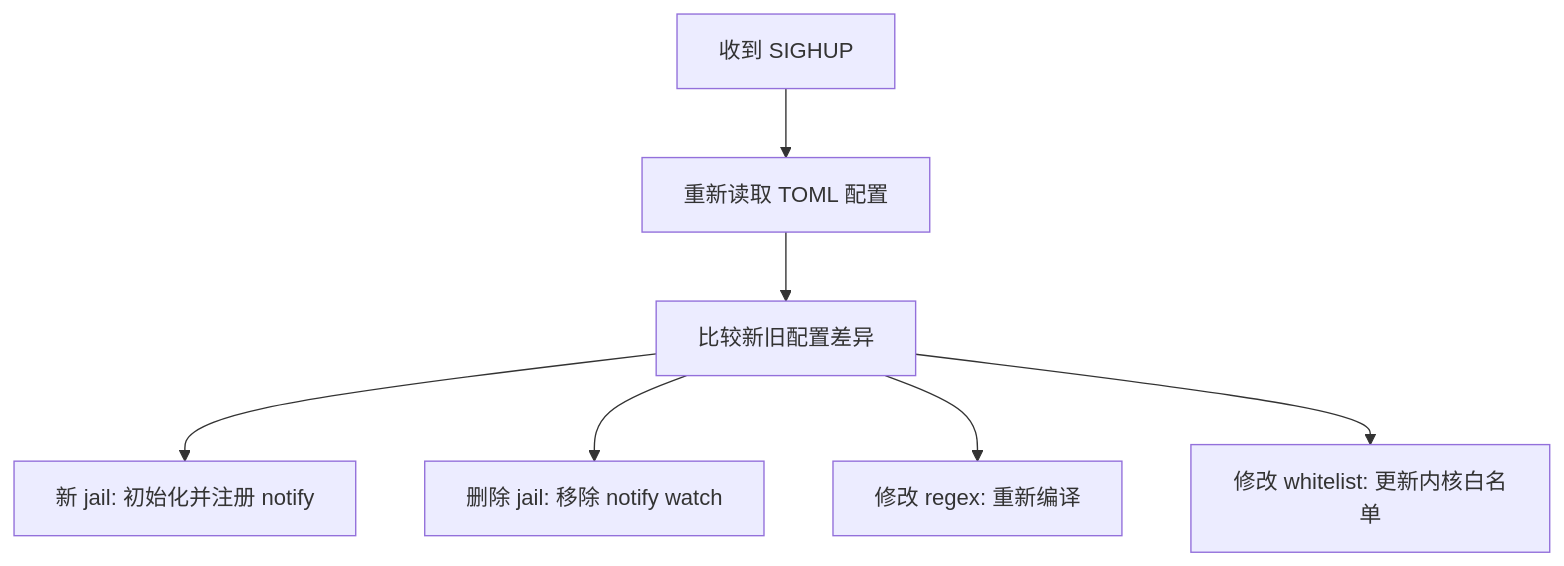
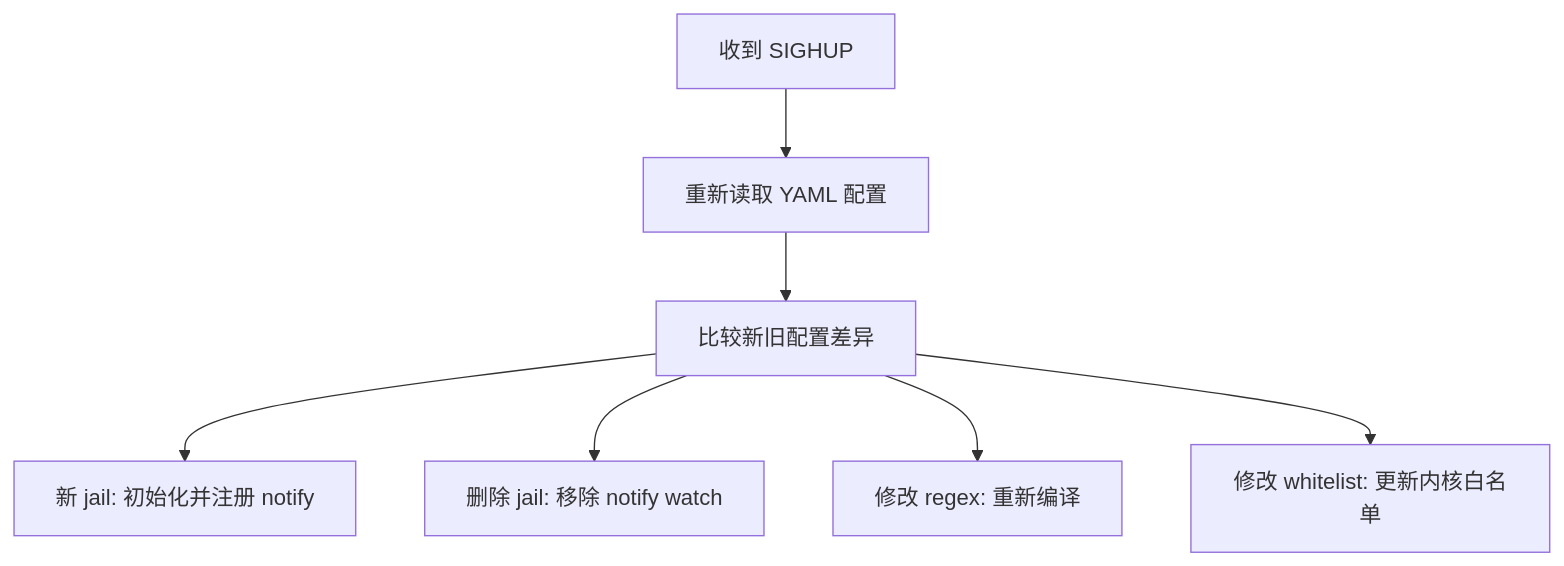
One commit to SnowCore8/linux-firewall-kmod changed the seventh of 7 diagrams in docs/zh/architecture/daemon.md. Above: the diagram before and after it, drawn with Mermaid. The commit also changed other lines of this file and 15 other files, not shown here.

````diff
--- a/docs/zh/architecture/daemon.md
+++ b/docs/zh/architecture/daemon.md
@@ -295,9 +364,9 @@
 ```mermaid
 graph TB
-    A["收到 SIGHUP"] --> B["重新读取 TOML 配置"]
+    A["收到 SIGHUP"] --> B["重新读取 YAML 配置"]
     B --> C["比较新旧配置差异"]
     C --> D["新 jail: 初始化并注册 notify"]
     C --> E["删除 jail: 移除 notify watch"]
     C --> F["修改 regex: 重新编译"]
     C --> G["修改 whitelist: 更新内核白名单"]
 ```
````
